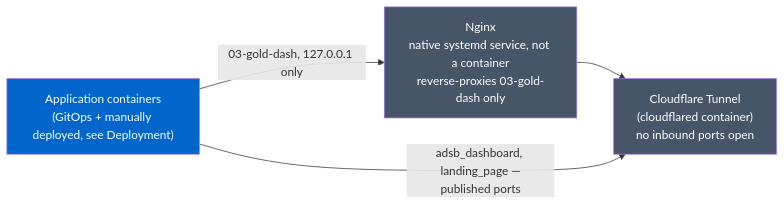
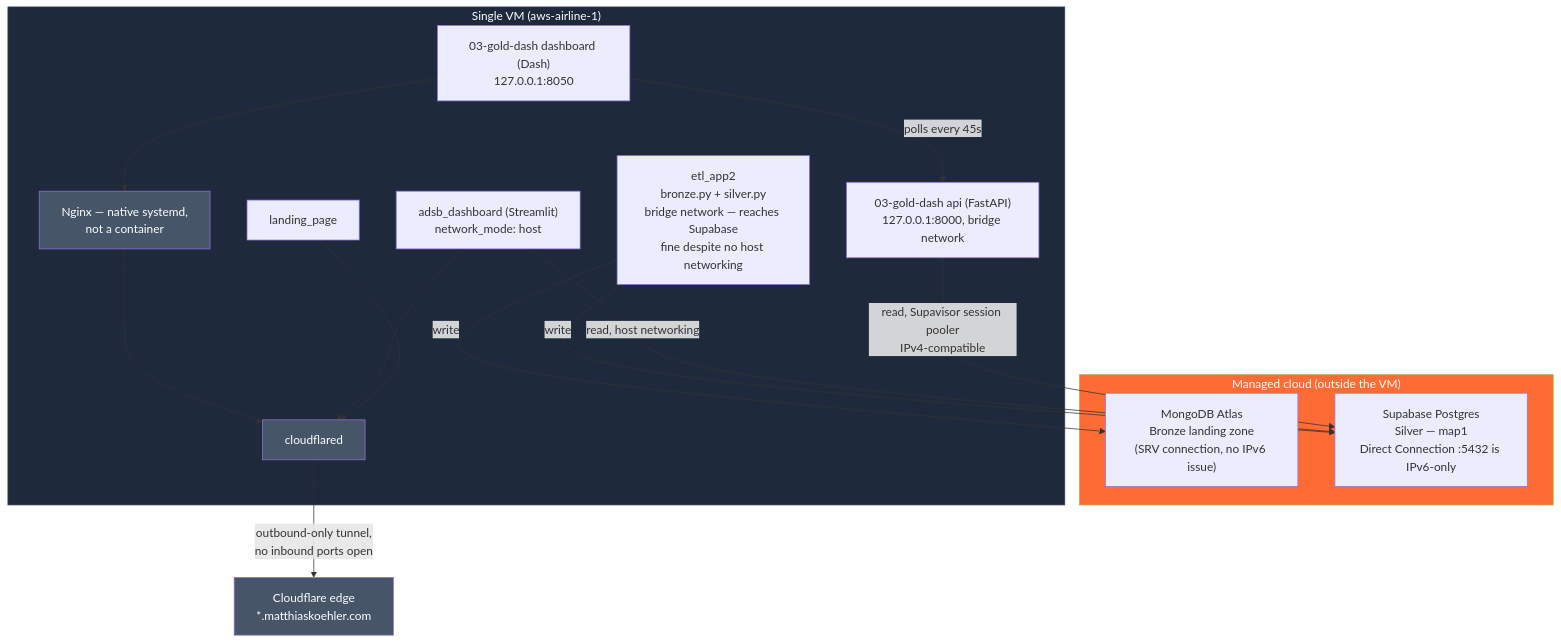
The fifth of 6 diagrams in docs/architecture/README.md (MatthiasSails/airline-data-platform), drawn with Mermaid before and after one commit. The commit also changed other lines of this file, not shown here.

Commit message:
docs(architecture): flesh out Infrastructure with data stores + FastAPI
Infrastructure section was too thin (just Nginx/Tunnel) — it now
covers the full resource topology: MongoDB Atlas, Supabase Postgres
(including the two different connection strategies and why), and
FastAPI alongside the rest. Verified live on the VM rather than
inferred from compose-file comparison: etl_app2 reaches Supabase
fine on a plain bridge network despite lacking network_mode: host,
contradicting an initial hypothesis based on dashboard.yml's comment.
Also documents the real finding from that check: etl_app2 had no
restart policy and was Exited(1) for 3 days, silently going stale —
fixed separately on fix/etl-restart-policy.

````diff
--- a/docs/architecture/README.md
+++ b/docs/architecture/README.md
@@ -175,14 +175,35 @@
 ```mermaid
-graph LR
-    APPS["Application containers<br/>(GitOps + manually deployed, see Deployment)"]
-    NGINX["Nginx<br/>native systemd service, not a container<br/>reverse-proxies 03-gold-dash only"]
-    TUNNEL["Cloudflare Tunnel<br/>(cloudflared container)<br/>no inbound ports open"]
+graph TB
+    subgraph CLOUD["Managed cloud (outside the VM)"]
+        MONGO["MongoDB Atlas<br/>Bronze landing zone<br/>(SRV connection, no IPv6 issue)"]
+        SUPA["Supabase Postgres<br/>Silver — map1<br/>Direct Connection :5432 is IPv6-only"]
+    end
 
-    APPS -->|03-gold-dash, 127.0.0.1 only| NGINX
-    NGINX --> TUNNEL
-    APPS -->|adsb_dashboard, landing_page —<br/>published ports| TUNNEL
+    subgraph VM["Single VM (aws-airline-1)"]
+        ETL["etl_app2<br/>bronze.py + silver.py<br/>bridge network — reaches Supabase<br/>fine despite no host networking"]
+        DASH1["adsb_dashboard (Streamlit)<br/>network_mode: host"]
+        API["03-gold-dash api (FastAPI)<br/>127.0.0.1:8000, bridge network"]
+        DASH2["03-gold-dash dashboard (Dash)<br/>127.0.0.1:8050"]
+        LAND["landing_page"]
+        NGINX["Nginx — native systemd,<br/>not a container"]
+        CF["cloudflared"]
+    end
 
-    style APPS fill:#0066CC,color:#fff
+    EDGE["Cloudflare edge<br/>*.matthiaskoehler.com"]
+
+    ETL -->|write| MONGO
+    ETL -->|write| SUPA
+    DASH1 -->|read, host networking| SUPA
+    API -->|read, Supavisor session pooler<br/>IPv4-compatible| SUPA
+    DASH2 -->|polls every 45s| API
+    DASH2 --> NGINX --> CF
+    DASH1 --> CF
+    LAND --> CF
+    CF -->|outbound-only tunnel,<br/>no inbound ports open| EDGE
+
+    style CLOUD fill:#FF6B35,color:#fff
+    style VM fill:#1e293b,color:#fff,stroke:#334155
     style NGINX fill:#475569,color:#fff
-    style TUNNEL fill:#475569,color:#fff
+    style CF fill:#475569,color:#fff
+    style EDGE fill:#475569,color:#fff
 ```
````
